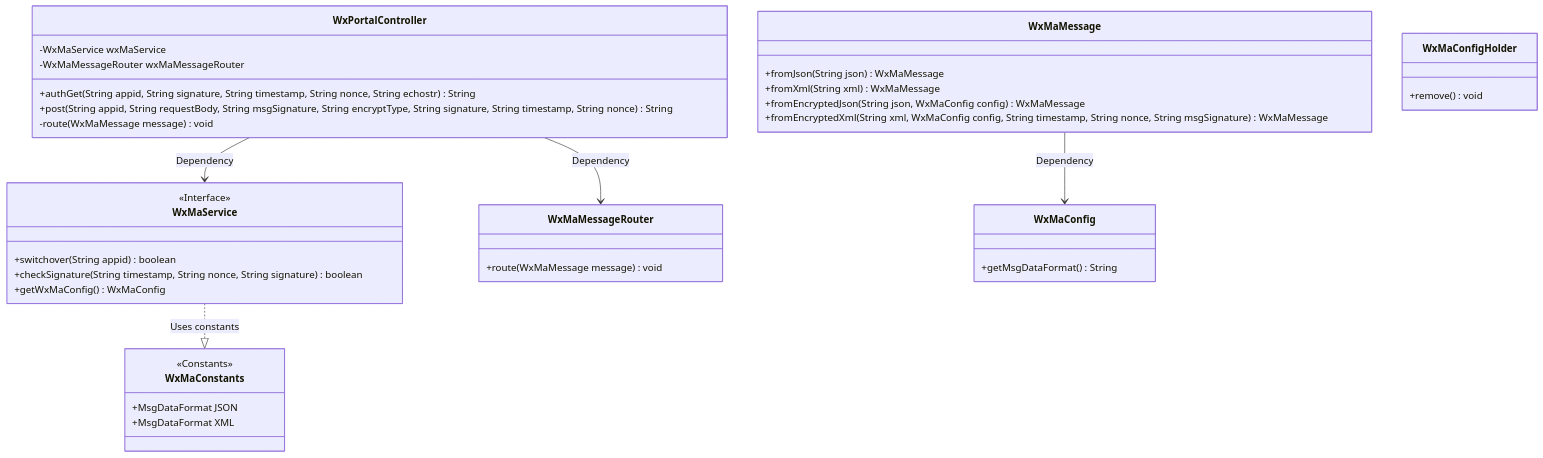
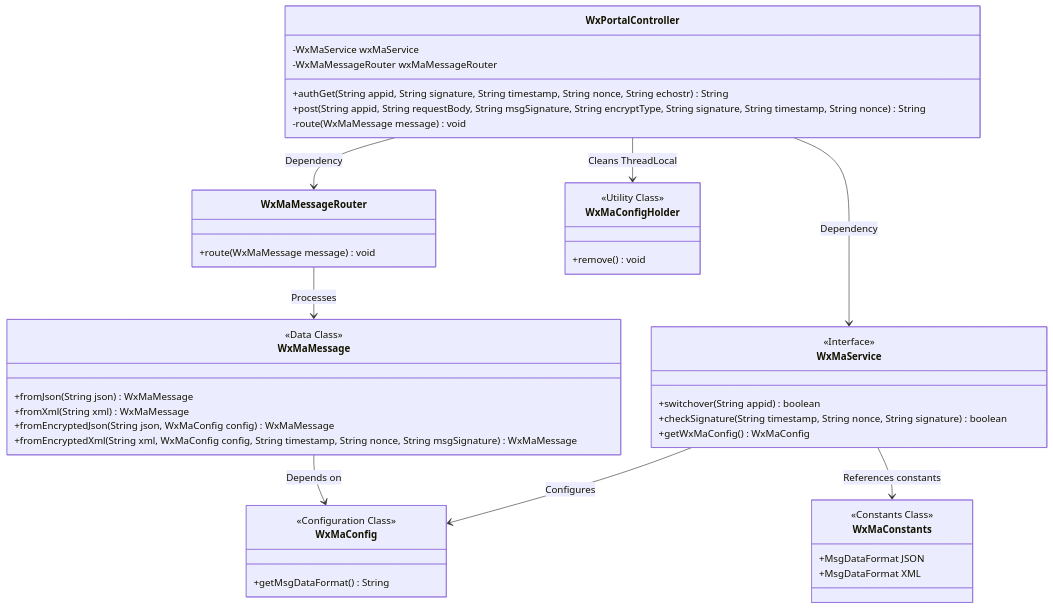
One commit to v-wjrong/rongwj666_weixin-java-miniapp-demo changed the first of 3 diagrams in docs/en/docs/src/main/java/com/github/binarywang/demo/wx/miniapp/controller/WxPortalController.md. Above: the diagram before and after it, drawn with Mermaid. The commit also changed other lines of this file and 42 other files, not shown here.

````diff
--- a/docs/en/docs/src/main/java/com/github/binarywang/demo/wx/miniapp/controller/WxPortalController.md
+++ b/docs/en/docs/src/main/java/com/github/binarywang/demo/wx/miniapp/controller/WxPortalController.md
@@ -36,47 +36,53 @@
 ```mermaid
 classDiagram
     class WxPortalController {
         -WxMaService wxMaService
         -WxMaMessageRouter wxMaMessageRouter
         +authGet(String appid, String signature, String timestamp, String nonce, String echostr) String
         +post(String appid, String requestBody, String msgSignature, String encryptType, String signature, String timestamp, String nonce) String
         -route(WxMaMessage message) void
     }
 
     class WxMaService {
         <<Interface>>
         +switchover(String appid) boolean
         +checkSignature(String timestamp, String nonce, String signature) boolean
         +getWxMaConfig() WxMaConfig
     }
 
     class WxMaMessageRouter {
         +route(WxMaMessage message) void
     }
 
     class WxMaMessage {
+        <<Data Class>>
         +fromJson(String json) WxMaMessage
         +fromXml(String xml) WxMaMessage
         +fromEncryptedJson(String json, WxMaConfig config) WxMaMessage
         +fromEncryptedXml(String xml, WxMaConfig config, String timestamp, String nonce, String msgSignature) WxMaMessage
     }
 
     class WxMaConfig {
+        <<Configuration Class>>
         +getMsgDataFormat() String
     }
 
-    class WxMaConfigHolder {
-        +remove() void
-    }
-
     class WxMaConstants {
-        <<Constants>>
+        <<Constants Class>>
         +MsgDataFormat JSON
         +MsgDataFormat XML
     }
 
+    class WxMaConfigHolder {
+        <<Utility Class>>
+        +remove() void
+    }
+
     WxPortalController --> WxMaService : Dependency
     WxPortalController --> WxMaMessageRouter : Dependency
-    WxMaMessage --> WxMaConfig : Dependency
-    WxMaService ..|> WxMaConstants : Uses constants
+    WxMaMessageRouter --> WxMaMessage : Processes
+    WxMaMessage --> WxMaConfig : Depends on
+    WxMaService --> WxMaConfig : Configures
+    WxMaService --> WxMaConstants : References constants
+    WxPortalController --> WxMaConfigHolder : Cleans ThreadLocal
 ```
````
